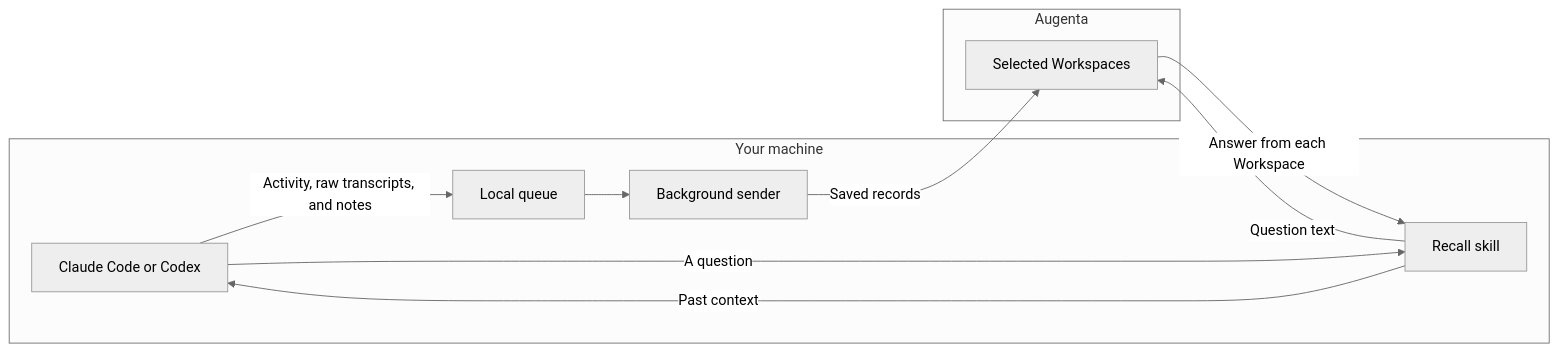
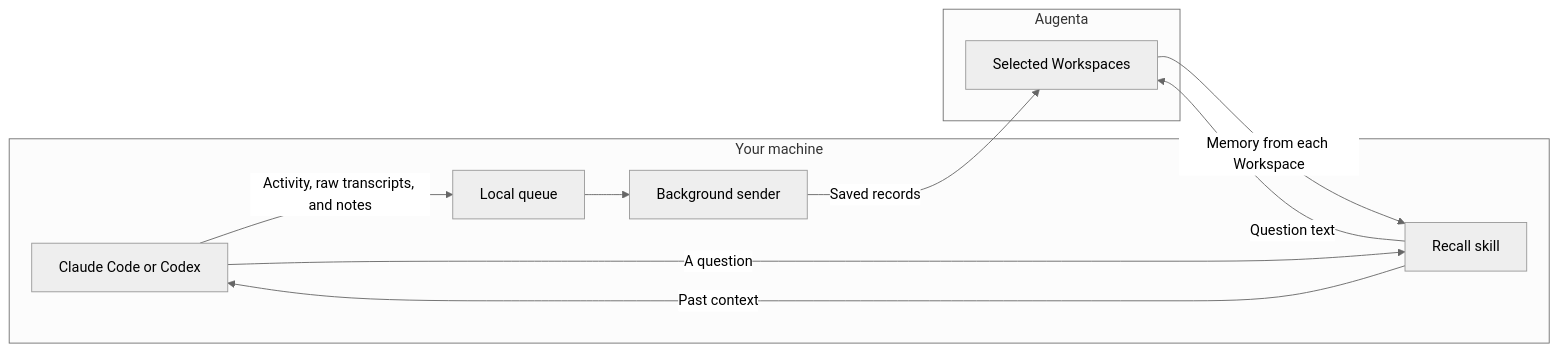
Before and after one commit to AugentaAI/augenta-plugin: the diagram in docs/architecture.md, drawn with Mermaid (neutral theme). The commit also changed other lines of this file and 7 other files, not shown here.

First line of the commit message:
feat(recall): default to model-free context with an explicit answer option (#33)

````diff
--- a/docs/architecture.md
+++ b/docs/architecture.md
@@ -9,19 +9,19 @@
 ```mermaid
 flowchart LR
     subgraph Local[Your machine]
         Agent[Claude Code or Codex]
         Queue[Local queue]
         Sender[Background sender]
         Recall[Recall skill]
         Agent -->|Activity, raw transcripts, and notes| Queue
         Queue --> Sender
         Agent -->|A question| Recall
     end
     subgraph Hosted[Augenta]
         Saved[Selected Workspaces]
     end
     Sender -->|Saved records| Saved
     Recall -->|Question text| Saved
-    Saved -->|Answer from each Workspace| Recall
+    Saved -->|Memory from each Workspace| Recall
     Recall -->|Past context| Agent
 ```
````
